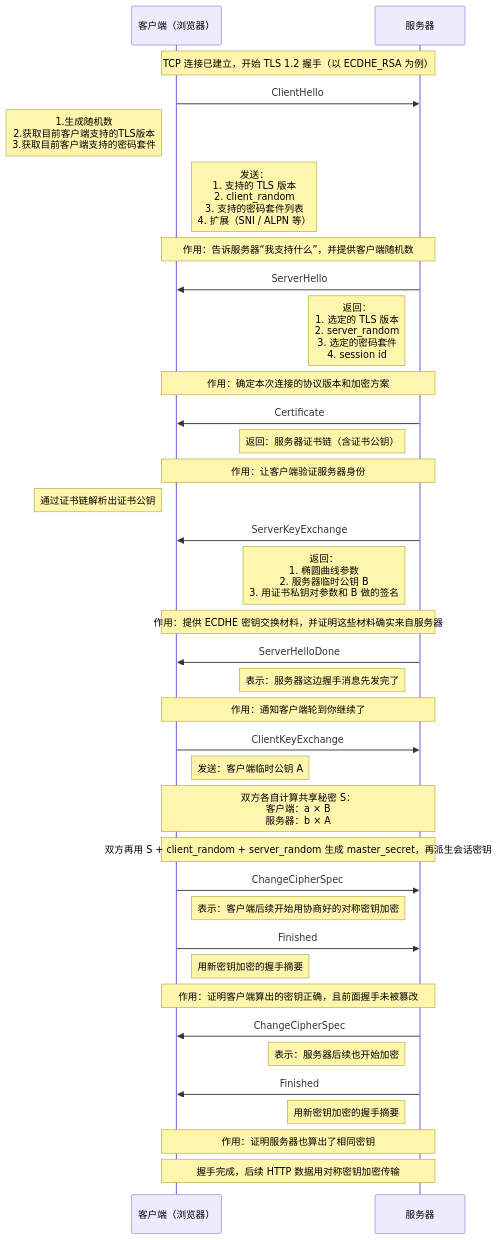
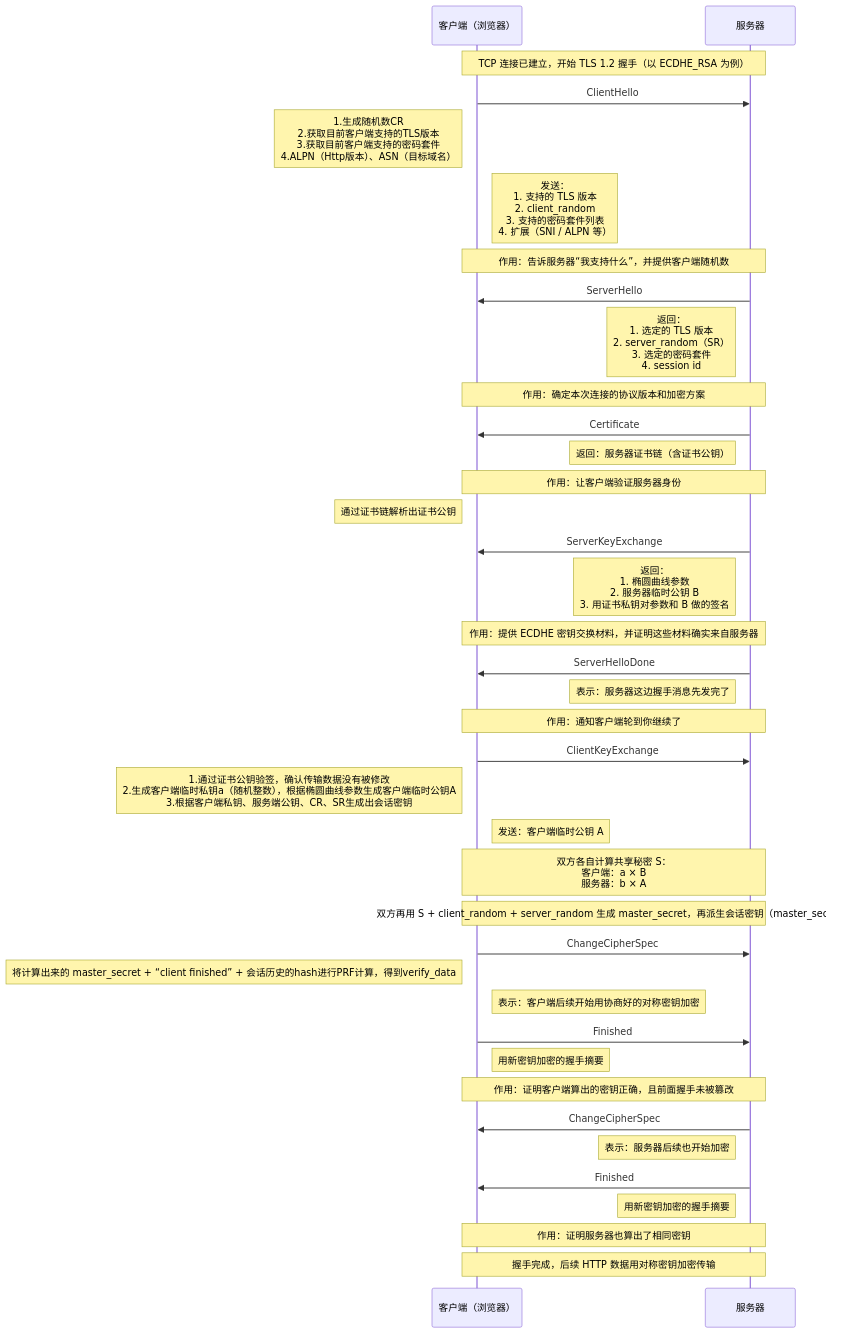
The diagram in all/TLS-1.2-ECDHA.md (HY-10-8/iodraw-files), drawn with Mermaid before and after one commit.

Commit message:
2026-03-30 17:21:31 update

````diff
--- a/all/TLS-1.2-ECDHA.md
+++ b/all/TLS-1.2-ECDHA.md
@@ -1,51 +1,53 @@
 ```mermaid
 sequenceDiagram
     participant C as 客户端（浏览器）
     participant S as 服务器
 
     Note over C,S: TCP 连接已建立，开始 TLS 1.2 握手（以 ECDHE_RSA 为例）
 
     C->>S: ClientHello
-    Note left of C: 1.生成随机数<br/> 2.获取目前客户端支持的TLS版本<br/> 3.获取目前客户端支持的密码套件
+    Note left of C: 1.生成随机数CR<br/> 2.获取目前客户端支持的TLS版本<br/> 3.获取目前客户端支持的密码套件<br/> 4.ALPN（Http版本）、ASN（目标域名）
     Note right of C: 发送：<br/>1. 支持的 TLS 版本<br/>2. client_random<br/>3. 支持的密码套件列表<br/>4. 扩展（SNI / ALPN 等）
     Note over C,S: 作用：告诉服务器“我支持什么”，并提供客户端随机数
 
     S->>C: ServerHello
-    Note left of S: 返回：<br/>1. 选定的 TLS 版本<br/>2. server_random<br/>3. 选定的密码套件<br/>4. session id
+    Note left of S: 返回：<br/>1. 选定的 TLS 版本<br/>2. server_random（SR）<br/>3. 选定的密码套件<br/>4. session id
     Note over C,S: 作用：确定本次连接的协议版本和加密方案
 
     S->>C: Certificate
     Note left of S: 返回：服务器证书链（含证书公钥）
     Note over C,S: 作用：让客户端验证服务器身份
     Note left of C: 通过证书链解析出证书公钥
 
     S->>C: ServerKeyExchange
     Note left of S: 返回：<br/>1. 椭圆曲线参数<br/>2. 服务器临时公钥 B<br/>3. 用证书私钥对参数和 B 做的签名
     Note over C,S: 作用：提供 ECDHE 密钥交换材料，并证明这些材料确实来自服务器
 
     S->>C: ServerHelloDone
     Note left of S: 表示：服务器这边握手消息先发完了
     Note over C,S: 作用：通知客户端轮到你继续了
 
     C->>S: ClientKeyExchange
+    Note left of C: 1.通过证书公钥验签，确认传输数据没有被修改<br/> 2.生成客户端临时私钥a（随机整数），根据椭圆曲线参数生成客户端临时公钥A<br/> 3.根据客户端私钥、服务端公钥、CR、SR生成出会话密钥
     Note right of C: 发送：客户端临时公钥 A
     Note over C,S: 双方各自计算共享秘密 S：<br/>客户端：a × B<br/>服务器：b × A
 
-    Note over C,S: 双方再用 S + client_random + server_random 生成 master_secret，再派生会话密钥
+    Note over C,S: 双方再用 S + client_random + server_random 生成 master_secret，再派生会话密钥（master_secret）
 
     C->>S: ChangeCipherSpec
+    Note left of C: 将计算出来的 master_secret + “client finished” + 会话历史的hash进行PRF计算，得到verify_data
     Note right of C: 表示：客户端后续开始用协商好的对称密钥加密
 
     C->>S: Finished
     Note right of C: 用新密钥加密的握手摘要
     Note over C,S: 作用：证明客户端算出的密钥正确，且前面握手未被篡改
 
     S->>C: ChangeCipherSpec
     Note left of S: 表示：服务器后续也开始加密
 
     S->>C: Finished
     Note left of S: 用新密钥加密的握手摘要
     Note over C,S: 作用：证明服务器也算出了相同密钥
 
     Note over C,S: 握手完成，后续 HTTP 数据用对称密钥加密传输
 ```
````
